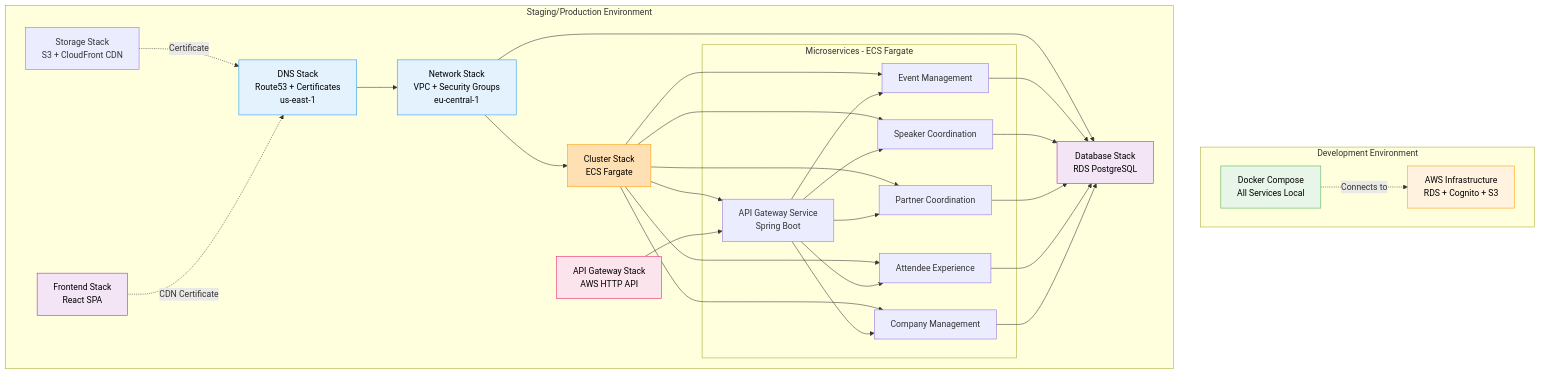
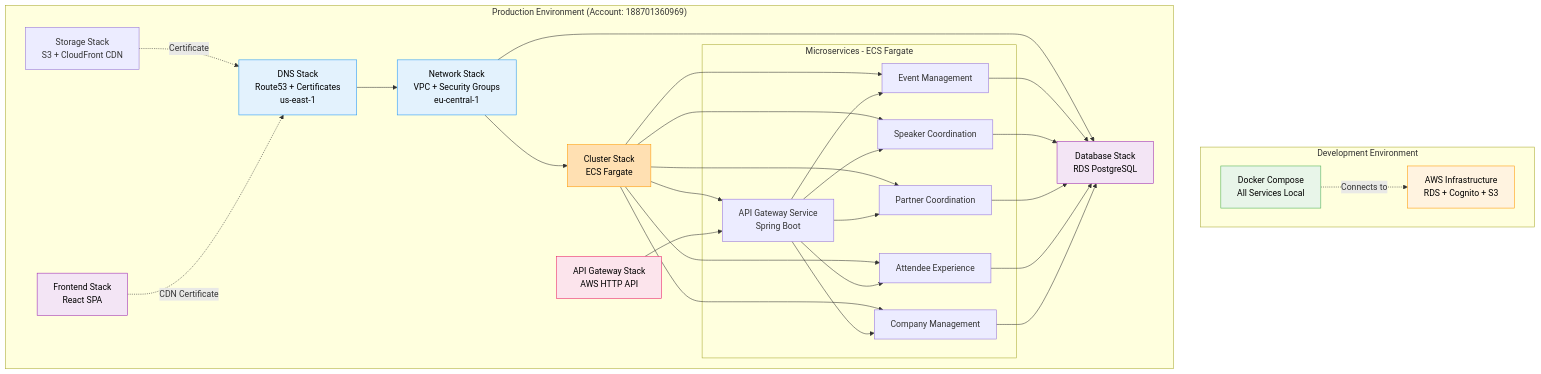
One commit to nissimbuchs/BATbern2 changed the first of 10 diagrams in docs/architecture/02-infrastructure-deployment.md. Above: the diagram before and after it, drawn with Mermaid. The commit also changed other lines of this file and 38 other files, not shown here.

First line of the commit message:
fix(infra): promote staging account to production with isProduction flag pattern

````diff
--- a/docs/architecture/02-infrastructure-deployment.md
+++ b/docs/architecture/02-infrastructure-deployment.md
@@ -61,51 +64,51 @@
 ```mermaid
 graph TB
     subgraph "Development Environment"
         DEV1[Docker Compose<br/>All Services Local]
         DEV2[AWS Infrastructure<br/>RDS + Cognito + S3]
         DEV1 -.->|Connects to| DEV2
     end
 
-    subgraph "Staging/Production Environment"
+    subgraph "Production Environment (Account: 188701360969)"
         DNS[DNS Stack<br/>Route53 + Certificates<br/>us-east-1]
         NET[Network Stack<br/>VPC + Security Groups<br/>eu-central-1]
         DB[Database Stack<br/>RDS PostgreSQL]
         STOR[Storage Stack<br/>S3 + CloudFront CDN]
 
         CLUST[Cluster Stack<br/>ECS Fargate]
 
         subgraph "Microservices - ECS Fargate"
             SVC1[Event Management]
             SVC2[Speaker Coordination]
             SVC3[Partner Coordination]
             SVC4[Attendee Experience]
             SVC5[Company Management]
             APIGW[API Gateway Service<br/>Spring Boot]
         end
 
         API[API Gateway Stack<br/>AWS HTTP API]
         FE[Frontend Stack<br/>React SPA]
 
         DNS --> NET
         NET --> DB
         NET --> CLUST
         STOR -.Certificate.-> DNS
 
         CLUST --> SVC1 & SVC2 & SVC3 & SVC4 & SVC5 & APIGW
         SVC1 & SVC2 & SVC3 & SVC4 & SVC5 --> DB
 
         API --> APIGW
         APIGW --> SVC1 & SVC2 & SVC3 & SVC4 & SVC5
 
         FE -.CDN Certificate.-> DNS
     end
 
     style DEV1 fill:#E8F5E9,stroke:#4CAF50,color:#000
     style DEV2 fill:#FFF3E0,stroke:#FF9800,color:#000
     style DNS fill:#E3F2FD,stroke:#2196F3,color:#000
     style NET fill:#E3F2FD,stroke:#2196F3,color:#000
     style DB fill:#F3E5F5,stroke:#9C27B0,color:#000
     style CLUST fill:#FFE0B2,stroke:#FF9800,color:#000
     style API fill:#FCE4EC,stroke:#E91E63,color:#000
     style FE fill:#F3E5F5,stroke:#9C27B0,color:#000
 ```
````
